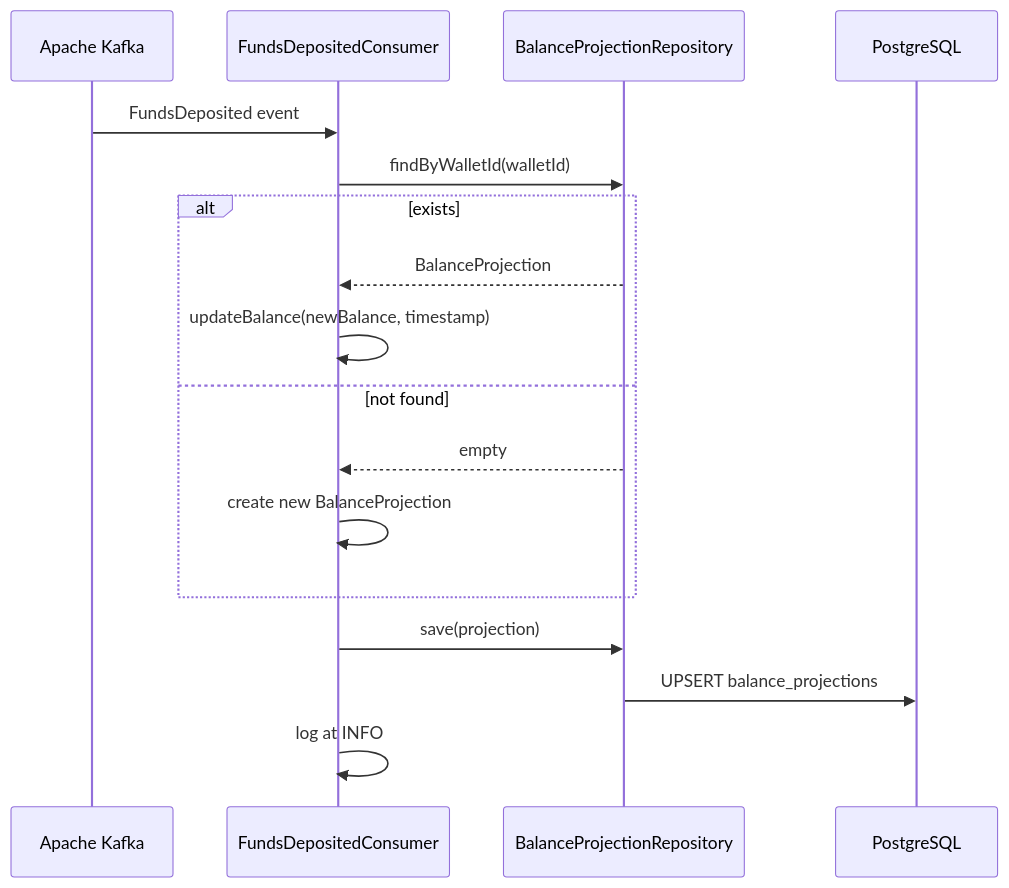
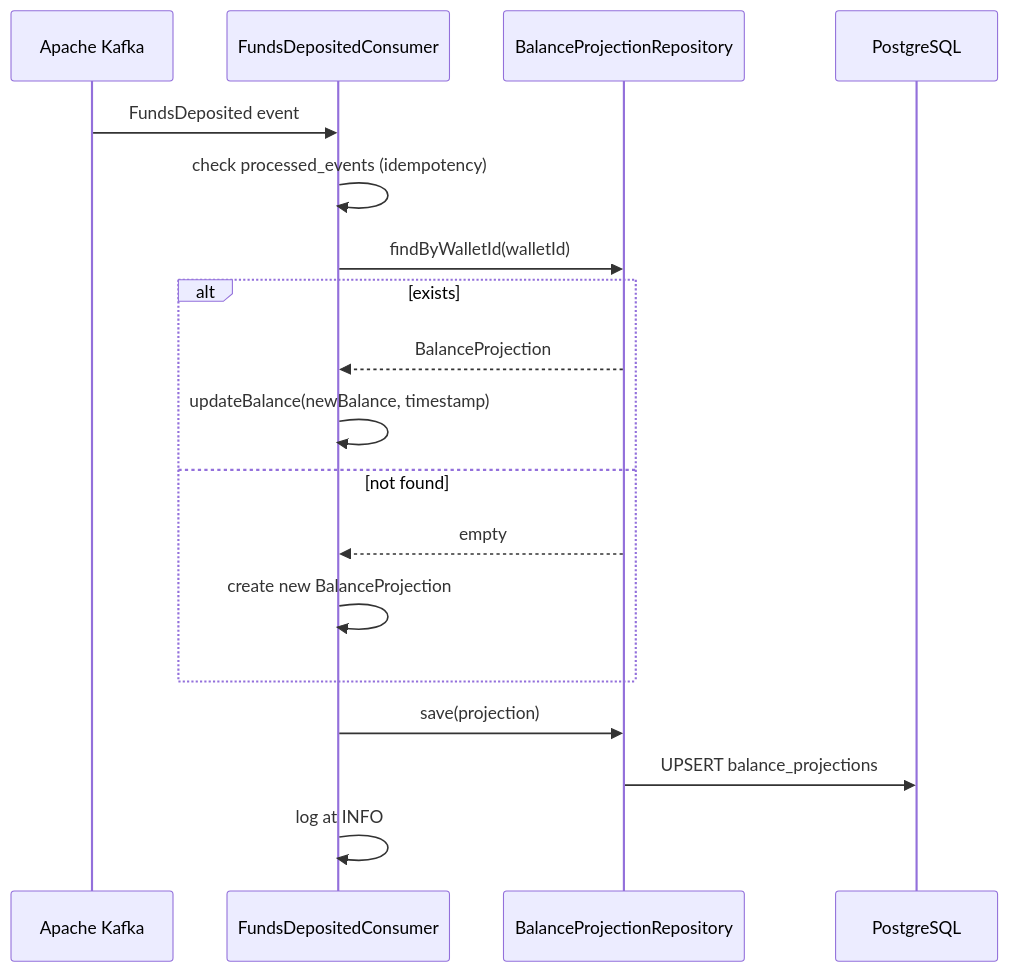
Before and after one commit to AlexAlvarezGallardo-GitHub/Aegis: the second of 2 diagrams in docs/obsidian/01 - Services/Reporting Service.md, drawn with Mermaid. The commit also changed other lines of this file and 87 other files, not shown here.

````diff
--- a/docs/obsidian/01 - Services/Reporting Service.md
+++ b/docs/obsidian/01 - Services/Reporting Service.md
@@ -28,20 +30,21 @@
 ```mermaid
 sequenceDiagram
     participant Kafka as Apache Kafka
     participant Consumer as FundsDepositedConsumer
     participant Repo as BalanceProjectionRepository
     participant DB as PostgreSQL
 
     Kafka->>Consumer: FundsDeposited event
+    Consumer->>Consumer: check processed_events (idempotency)
     Consumer->>Repo: findByWalletId(walletId)
     alt exists
         Repo-->>Consumer: BalanceProjection
         Consumer->>Consumer: updateBalance(newBalance, timestamp)
     else not found
         Repo-->>Consumer: empty
         Consumer->>Consumer: create new BalanceProjection
     end
     Consumer->>Repo: save(projection)
     Repo->>DB: UPSERT balance_projections
     Consumer->>Consumer: log at INFO
 ```
````
